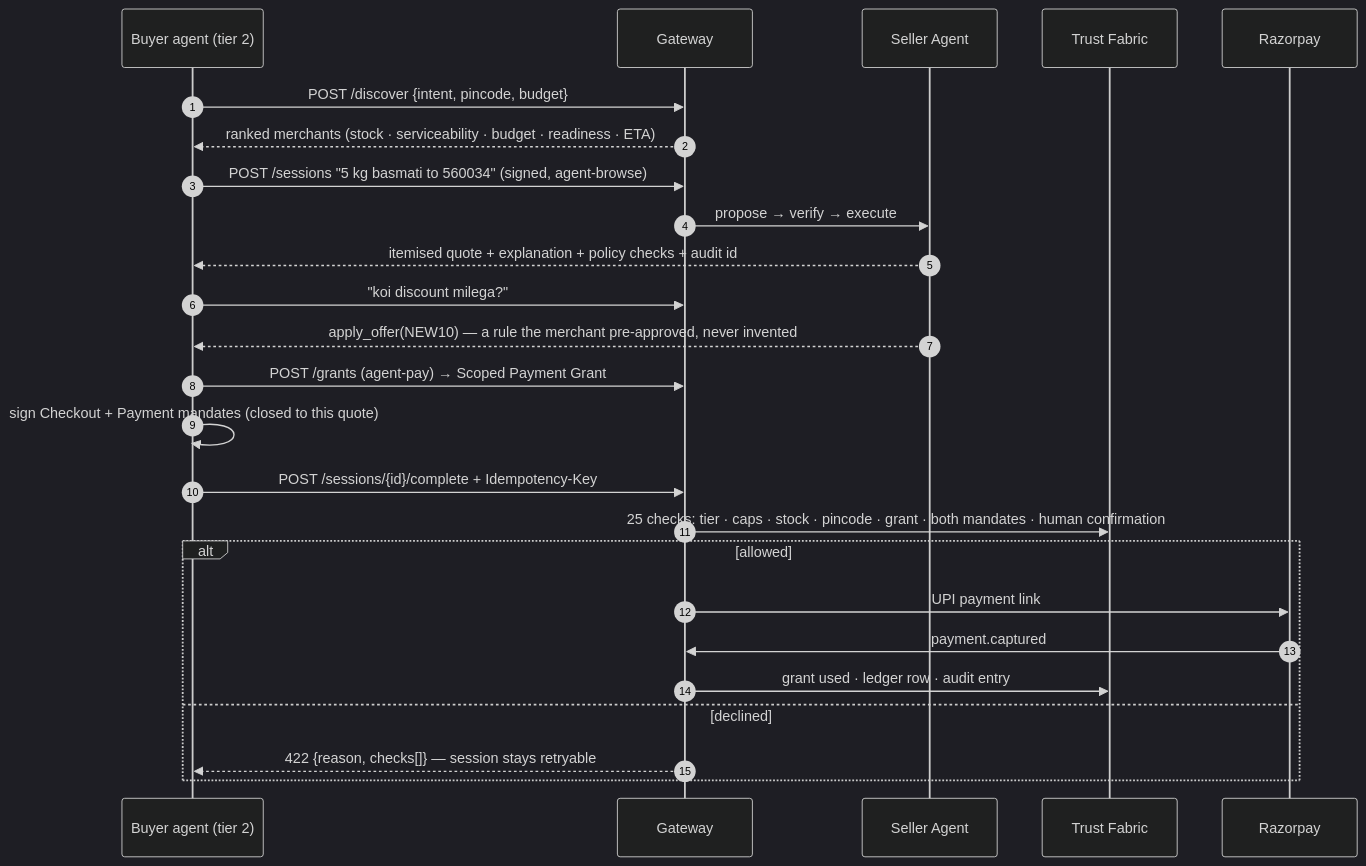
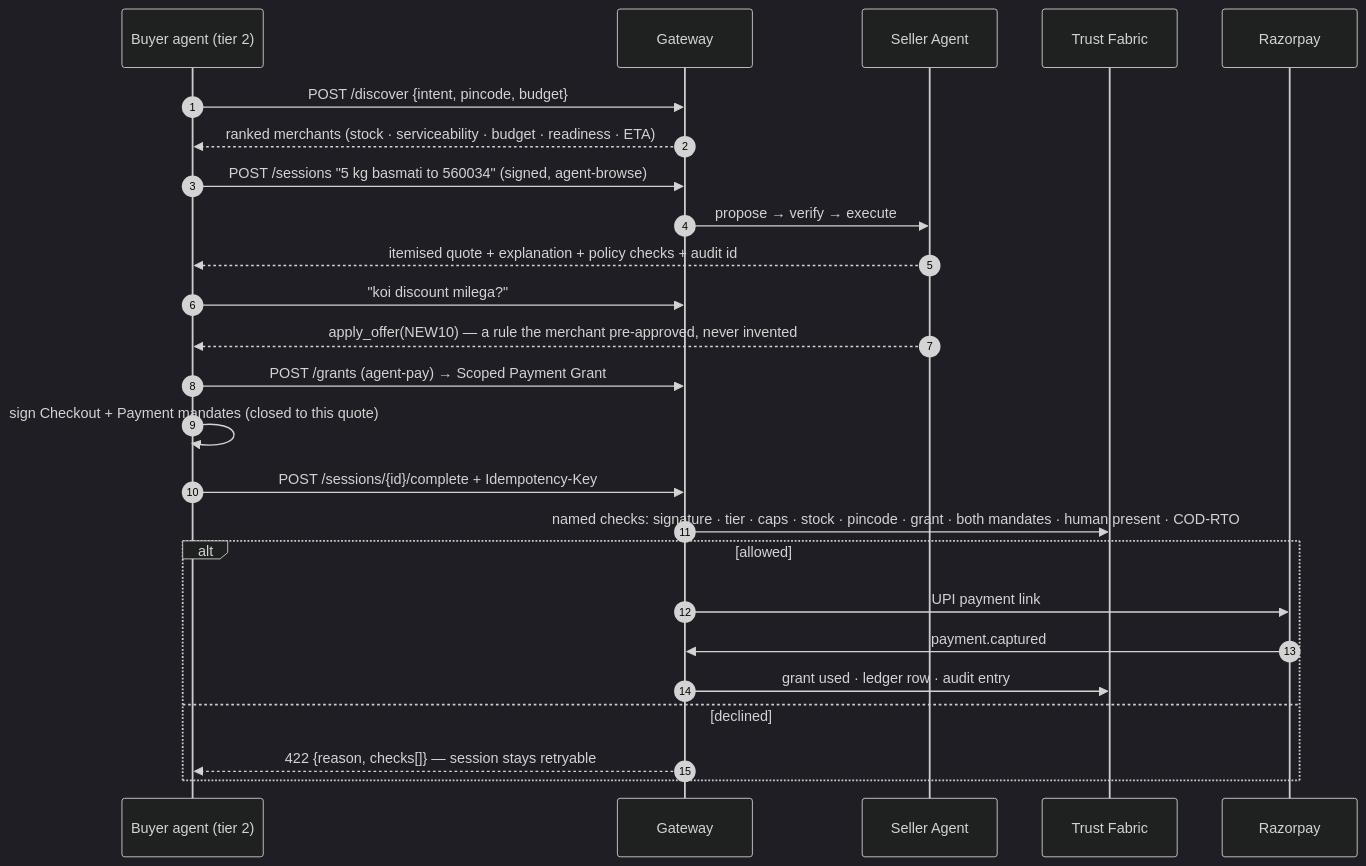
One commit to abhay-codes07/bazaar changed the second of 5 diagrams in README.md. Above: the diagram before and after it, drawn with Mermaid (dark theme). The commit also changed other lines of this file and 22 other files, not shown here.

````diff
--- a/README.md
+++ b/README.md
@@ -59,27 +59,27 @@
 ```mermaid
 sequenceDiagram
   autonumber
   participant B as Buyer agent (tier 2)
   participant G as Gateway
   participant S as Seller Agent
   participant T as Trust Fabric
   participant R as Razorpay
   B->>G: POST /discover {intent, pincode, budget}
   G-->>B: ranked merchants (stock · serviceability · budget · readiness · ETA)
   B->>G: POST /sessions "5 kg basmati to 560034" (signed, agent-browse)
   G->>S: propose → verify → execute
   S-->>B: itemised quote + explanation + policy checks + audit id
   B->>G: "koi discount milega?"
   S-->>B: apply_offer(NEW10) — a rule the merchant pre-approved, never invented
   B->>G: POST /grants (agent-pay) → Scoped Payment Grant
   B->>B: sign Checkout + Payment mandates (closed to this quote)
   B->>G: POST /sessions/{id}/complete + Idempotency-Key
-  G->>T: 25 checks: tier · caps · stock · pincode · grant · both mandates · human confirmation
+  G->>T: named checks: signature · tier · caps · stock · pincode · grant · both mandates · human present · COD-RTO
   alt allowed
     G->>R: UPI payment link
     R->>G: payment.captured
     G->>T: grant used · ledger row · audit entry
   else declined
     G-->>B: 422 {reason, checks[]} — session stays retryable
   end
 ```
````
